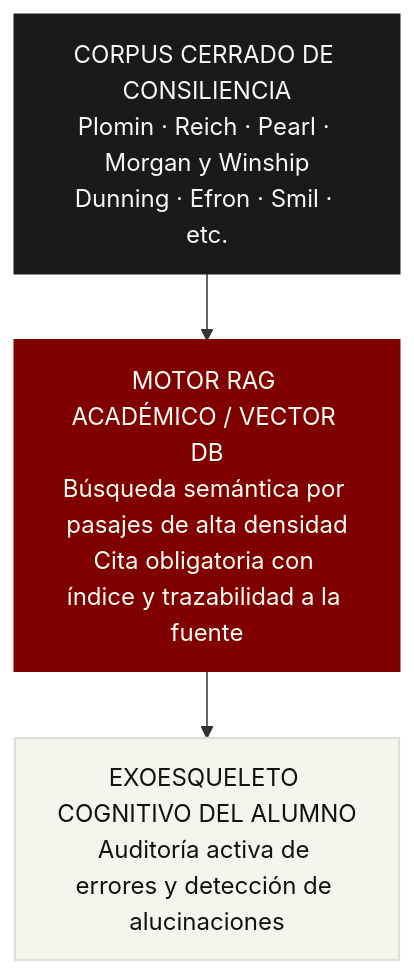
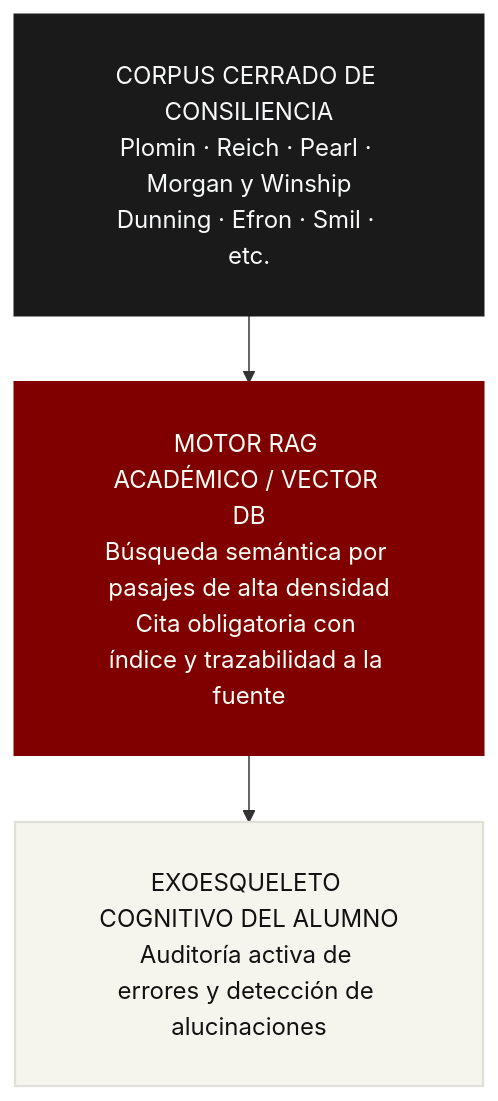
One commit to danielgccr/nuevasomosaguas changed the diagram in politica_ia.qmd. Above: the diagram before and after it, drawn with Mermaid. The commit also changed 11 other files, not shown here.

First line of the commit message:
Evita que las etiquetas de mermaid se corten

````diff
--- a/politica_ia.qmd
+++ b/politica_ia.qmd
@@ -66,20 +66,20 @@
 ```{mermaid}
 %%| label: fig-rag
 %%| fig-cap: "Arquitectura RAG de la facultad: del corpus cerrado a la auditoría del alumno."
 
-%%{init: {"flowchart": {"nodeSpacing": 30, "rankSpacing": 45, "padding": 14, "useMaxWidth": true}}}%%
+%%{init: {"flowchart": {"nodeSpacing": 30, "rankSpacing": 45, "padding": 28, "useMaxWidth": true}}}%%
 flowchart TD
     C["CORPUS CERRADO DE CONSILIENCIA<br/>Plomin · Reich · Pearl · Morgan y Winship<br/>Dunning · Efron · Smil · etc."]
     M["MOTOR RAG ACADÉMICO / VECTOR DB<br/>Búsqueda semántica por pasajes de alta densidad<br/>Cita obligatoria con índice y trazabilidad a la fuente"]
     E["EXOESQUELETO COGNITIVO DEL ALUMNO<br/>Auditoría activa de errores y detección de alucinaciones"]
 
     C --> M --> E
 
     classDef corpus fill:#1a1a1a,stroke:#1a1a1a,stroke-width:2px,color:#f8f9fa
     classDef motor fill:#800000,stroke:#800000,stroke-width:2px,color:#fffff8
     classDef alumno fill:#f5f5ee,stroke:#e0e0d8,stroke-width:1.5px,color:#111111
 
     class C corpus
     class M motor
     class E alumno
 ```
````
